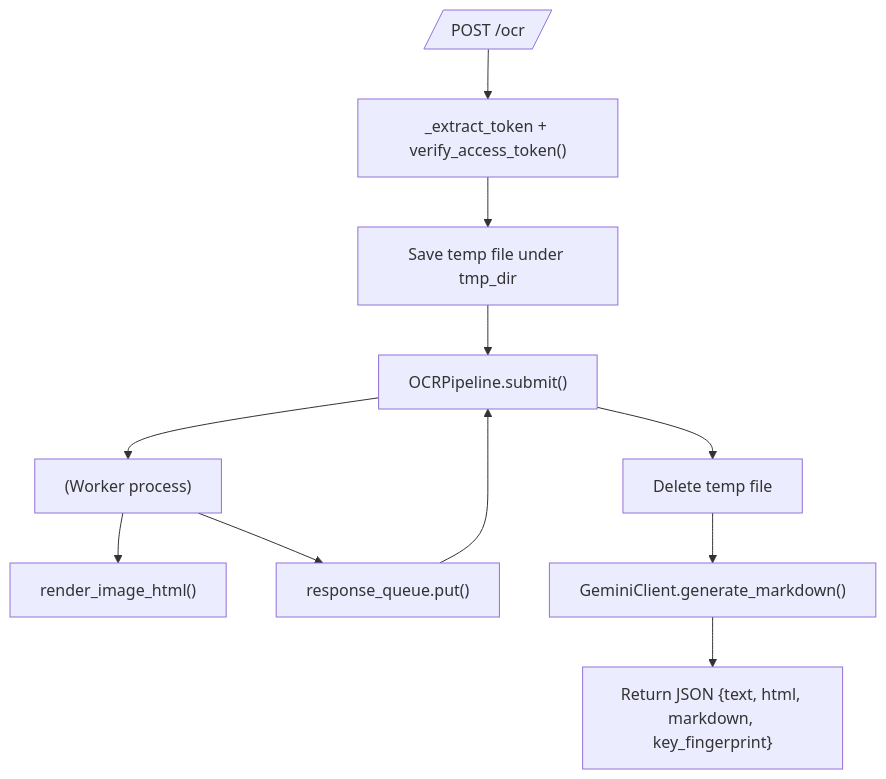
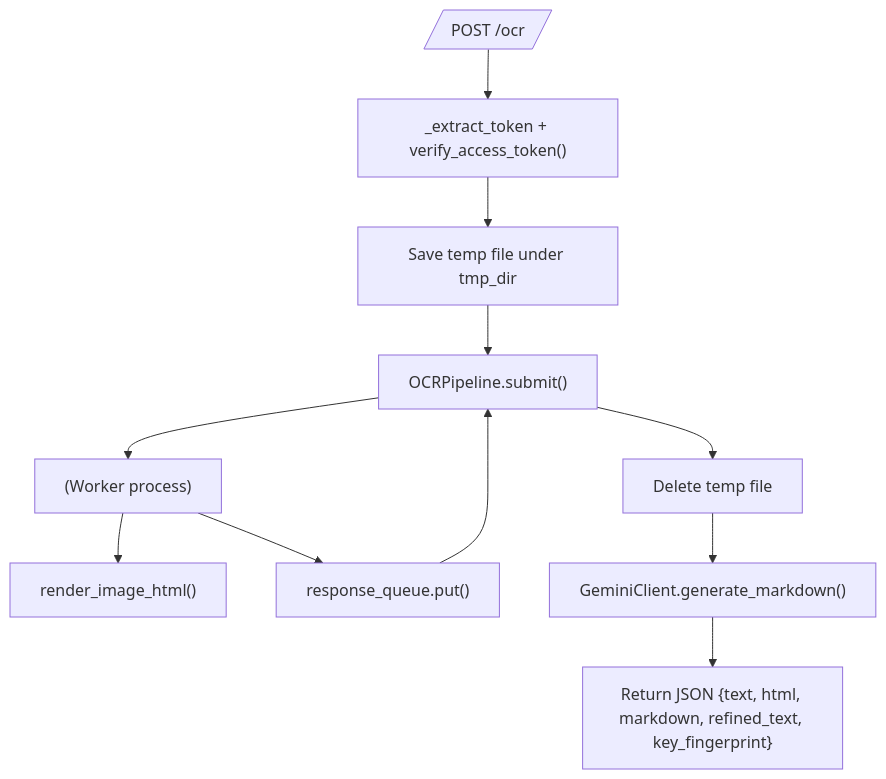
Before and after one commit to tasmirz/EyeWear: the ninth of 16 diagrams in docs/doc_v00.md, drawn with Mermaid. The commit also changed other lines of this file and 22 other files, not shown here.

````diff
--- a/docs/doc_v00.md
+++ b/docs/doc_v00.md
@@ -231,13 +234,13 @@
 ```mermaid
 flowchart TD
     upload[/POST /ocr/] --> verify["_extract_token + verify_access_token()"]
     verify --> store["Save temp file under tmp_dir"]
     store --> submit["OCRPipeline.submit()"]
     submit --> worker["(Worker process)"]
     worker --> html["render_image_html()"]
     worker --> respQueue["response_queue.put()"]
     respQueue --> submit
     submit --> cleanup["Delete temp file"]
     cleanup --> gemini["GeminiClient.generate_markdown()"]
-    gemini --> reply["Return JSON {text, html, markdown, key_fingerprint}"]
+    gemini --> reply["Return JSON {text, html, markdown, refined_text, key_fingerprint}"]
 ```
````
